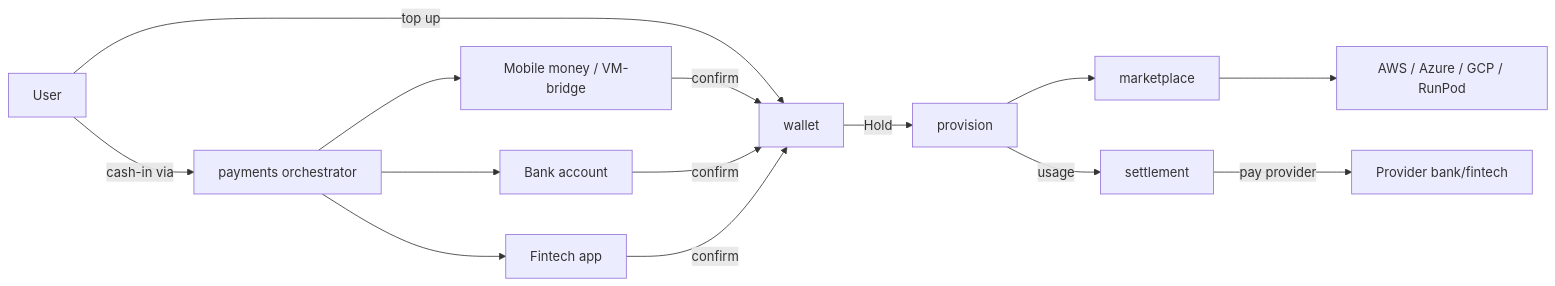
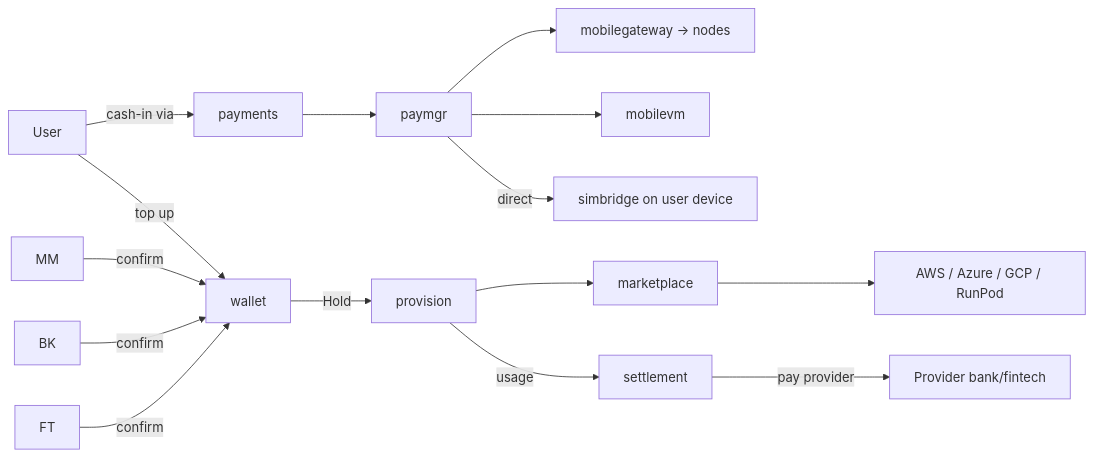
The diagram in backend/README.md (Dyl777/cloud_cluster), drawn with Mermaid before and after one commit. The commit also changed other lines of this file and 71 other files, not shown here.

````diff
--- a/backend/README.md
+++ b/backend/README.md
@@ -35,14 +42,15 @@
 ```mermaid
 flowchart LR
   U[User] -->|top up| W[wallet]
-  U -->|cash-in via| P[payments orchestrator]
-  P --> MM[Mobile money / VM-bridge]
-  P --> BK[Bank account]
-  P --> FT[Fintech app]
+  U -->|cash-in via| P[payments]
+  P --> PM[paymgr]
+  PM --> G[mobilegateway → nodes]
+  PM --> VM[mobilevm]
+  PM -->|direct| SB[simbridge on user device]
   MM & BK & FT -->|confirm| W
   W -->|Hold| PR[provision]
   PR --> MP[marketplace]
   MP --> CP[AWS / Azure / GCP / RunPod]
   PR -->|usage| ST[settlement]
   ST -->|pay provider| PP[Provider bank/fintech]
 ```
````
